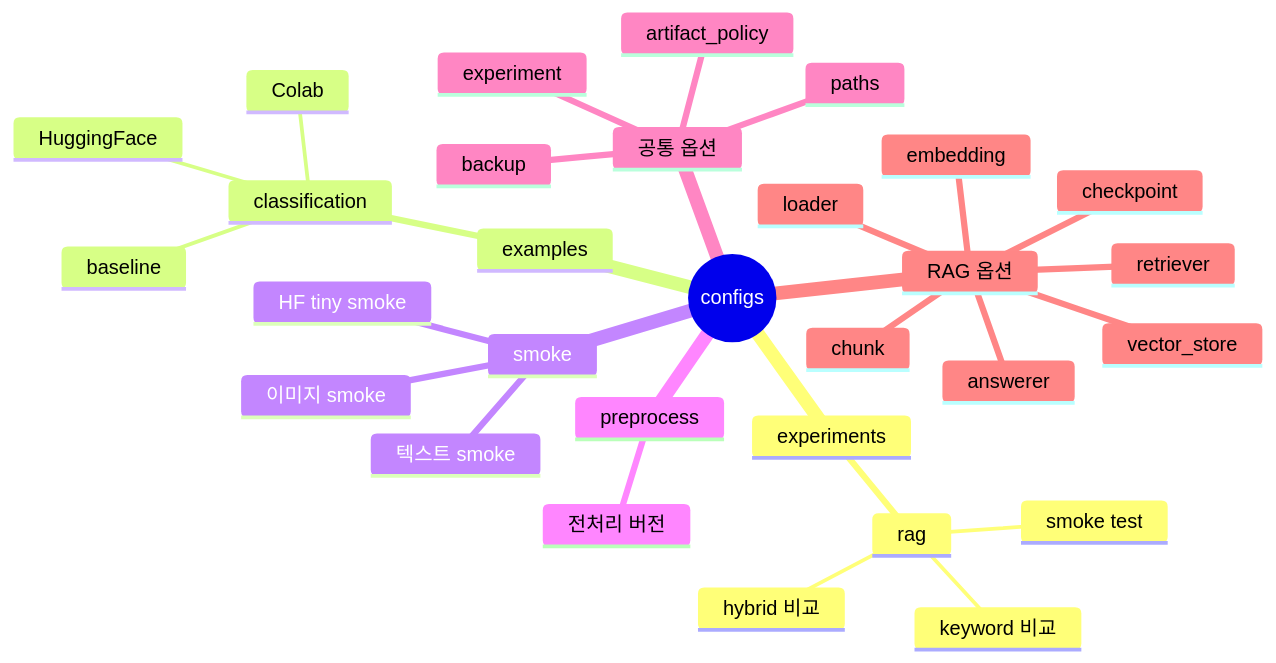
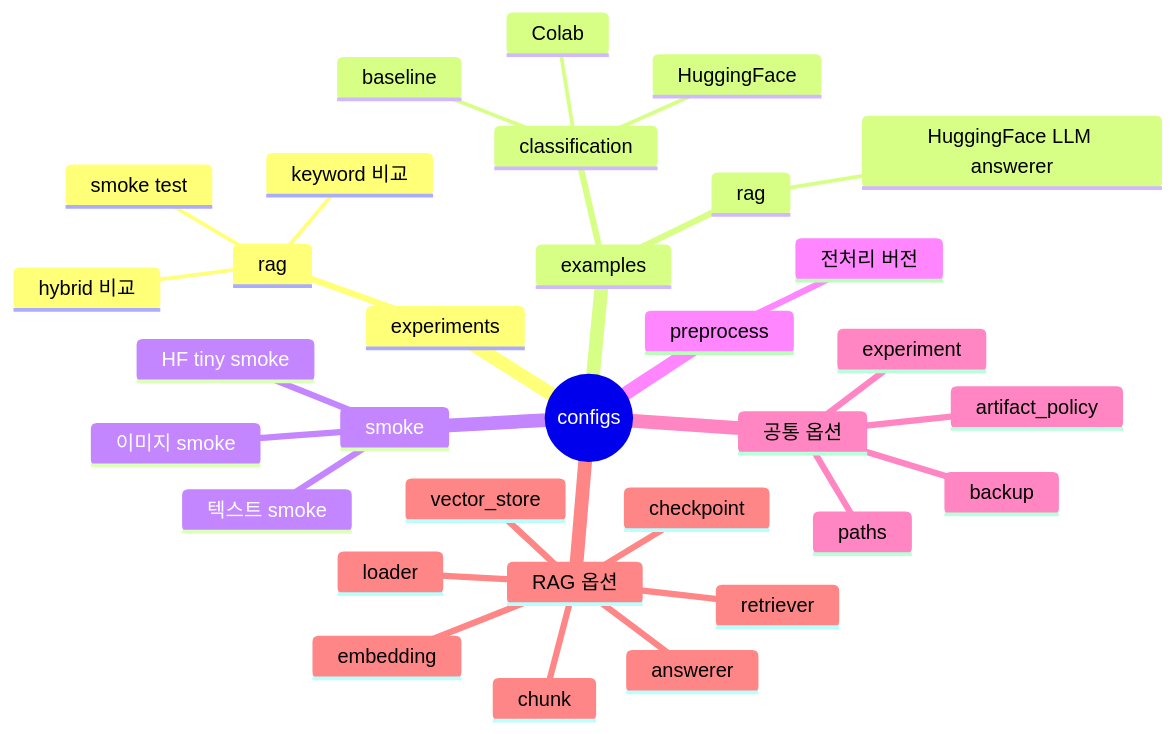
The diagram in configs/README.md (Codeit-Part3-6Team/Codeit-Part3-6Team-Project), drawn with Mermaid before and after one commit. The commit also changed other lines of this file and 8 other files, not shown here.

Commit message:
[feat] HuggingFace RAG 답변 생성기 추가

````diff
--- a/configs/README.md
+++ b/configs/README.md
@@ -9,33 +9,35 @@
 ```mermaid
 mindmap
   root((configs))
     experiments
       rag
         smoke test
         keyword 비교
         hybrid 비교
     examples
       classification
         baseline
         HuggingFace
         Colab
+      rag
+        HuggingFace LLM answerer
     smoke
       이미지 smoke
       텍스트 smoke
       HF tiny smoke
     preprocess
       전처리 버전
     공통 옵션
       experiment
       paths
       artifact_policy
       backup
     RAG 옵션
       loader
       chunk
       embedding
       vector_store
       retriever
       answerer
       checkpoint
 ```
````
